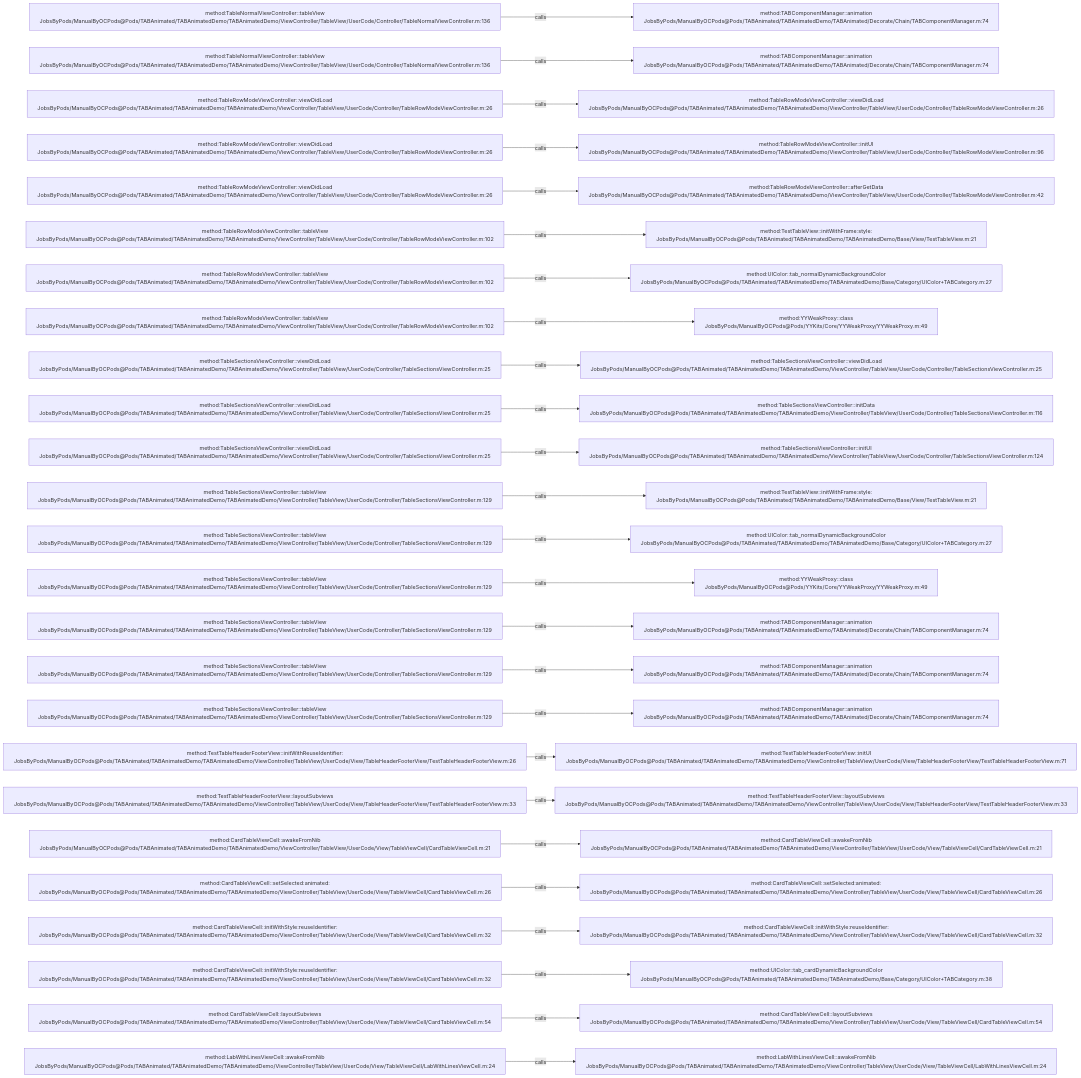
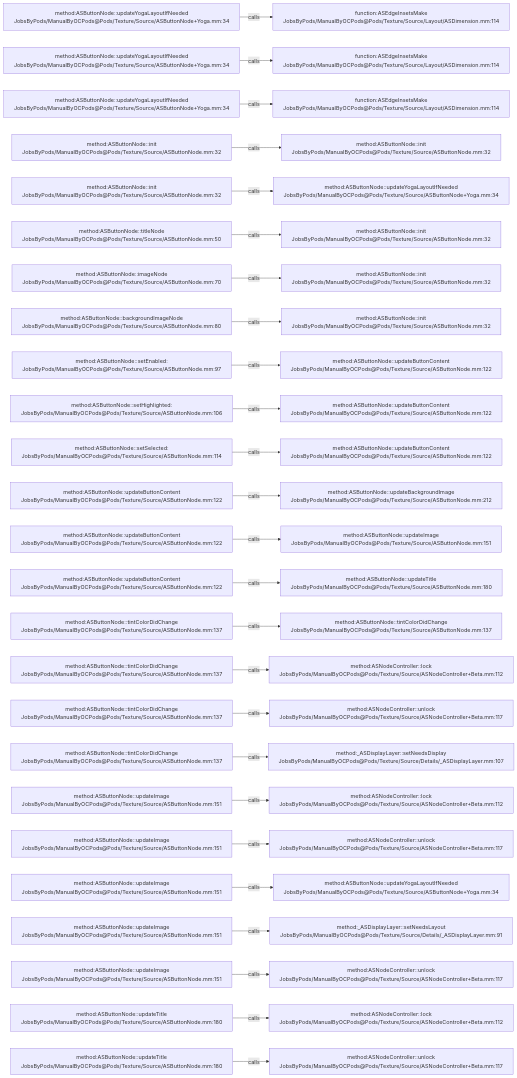
Before and after one commit to JobsKits/JobsOCBaseConfigDemo: the diagram in .codegraph/codegraph.md/graphs/calls-073.md, drawn with Mermaid. The commit also changed 1223 other files, not shown here.

````diff
--- a/.codegraph/codegraph.md/graphs/calls-073.md
+++ b/.codegraph/codegraph.md/graphs/calls-073.md
@@ -13,78 +13,78 @@
 ```mermaid
 flowchart LR
-  S1["method:TableNormalViewController::tableView<br/>JobsByPods/ManualByOCPods@Pods/TABAnimated/TABAnimatedDemo/TABAnimatedDemo/ViewController/TableView/UserCode/Controller/TableNormalViewController.m:136"]
-  T1["method:TABComponentManager::animation<br/>JobsByPods/ManualByOCPods@Pods/TABAnimated/TABAnimatedDemo/TABAnimated/Decorate/Chain/TABComponentManager.m:74"]
+  S1["method:ASButtonNode::updateYogaLayoutIfNeeded<br/>JobsByPods/ManualByOCPods@Pods/Texture/Source/ASButtonNode+Yoga.mm:34"]
+  T1["function:ASEdgeInsetsMake<br/>JobsByPods/ManualByOCPods@Pods/Texture/Source/Layout/ASDimension.mm:114"]
   S1 -->|calls| T1
-  S2["method:TableNormalViewController::tableView<br/>JobsByPods/ManualByOCPods@Pods/TABAnimated/TABAnimatedDemo/TABAnimatedDemo/ViewController/TableView/UserCode/Controller/TableNormalViewController.m:136"]
-  T2["method:TABComponentManager::animation<br/>JobsByPods/ManualByOCPods@Pods/TABAnimated/TABAnimatedDemo/TABAnimated/Decorate/Chain/TABComponentManager.m:74"]
+  S2["method:ASButtonNode::updateYogaLayoutIfNeeded<br/>JobsByPods/ManualByOCPods@Pods/Texture/Source/ASButtonNode+Yoga.mm:34"]
+  T2["function:ASEdgeInsetsMake<br/>JobsByPods/ManualByOCPods@Pods/Texture/Source/Layout/ASDimension.mm:114"]
   S2 -->|calls| T2
-  S3["method:TableRowModeViewController::viewDidLoad<br/>JobsByPods/ManualByOCPods@Pods/TABAnimated/TABAnimatedDemo/TABAnimatedDemo/ViewController/TableView/UserCode/Controller/TableRowModeViewController.m:26"]
-  T3["method:TableRowModeViewController::viewDidLoad<br/>JobsByPods/ManualByOCPods@Pods/TABAnimated/TABAnimatedDemo/TABAnimatedDemo/ViewController/TableView/UserCode/Controller/TableRowModeViewController.m:26"]
+  S3["method:ASButtonNode::updateYogaLayoutIfNeeded<br/>JobsByPods/ManualByOCPods@Pods/Texture/Source/ASButtonNode+Yoga.mm:34"]
+  T3["function:ASEdgeInsetsMake<br/>JobsByPods/ManualByOCPods@Pods/Texture/Source/Layout/ASDimension.mm:114"]
   S3 -->|calls| T3
-  S4["method:TableRowModeViewController::viewDidLoad<br/>JobsByPods/ManualByOCPods@Pods/TABAnimated/TABAnimatedDemo/TABAnimatedDemo/ViewController/TableView/UserCode/Controller/TableRowModeViewController.m:26"]
-  T4["method:TableRowModeViewController::initUI<br/>JobsByPods/ManualByOCPods@Pods/TABAnimated/TABAnimatedDemo/TABAnimatedDemo/ViewController/TableView/UserCode/Controller/TableRowModeViewController.m:96"]
+  S4["method:ASButtonNode::init<br/>JobsByPods/ManualByOCPods@Pods/Texture/Source/ASButtonNode.mm:32"]
+  T4["method:ASButtonNode::init<br/>JobsByPods/ManualByOCPods@Pods/Texture/Source/ASButtonNode.mm:32"]
   S4 -->|calls| T4
-  S5["method:TableRowModeViewController::viewDidLoad<br/>JobsByPods/ManualByOCPods@Pods/TABAnimated/TABAnimatedDemo/TABAnimatedDemo/ViewController/TableView/UserCode/Controller/TableRowModeViewController.m:26"]
-  T5["method:TableRowModeViewController::afterGetData<br/>JobsByPods/ManualByOCPods@Pods/TABAnimated/TABAnimatedDemo/TABAnimatedDemo/ViewController/TableView/UserCode/Controller/TableRowModeViewController.m:42"]
+  S5["method:ASButtonNode::init<br/>JobsByPods/ManualByOCPods@Pods/Texture/Source/ASButtonNode.mm:32"]
+  T5["method:ASButtonNode::updateYogaLayoutIfNeeded<br/>JobsByPods/ManualByOCPods@Pods/Texture/Source/ASButtonNode+Yoga.mm:34"]
   S5 -->|calls| T5
-  S6["method:TableRowModeViewController::tableView<br/>JobsByPods/ManualByOCPods@Pods/TABAnimated/TABAnimatedDemo/TABAnimatedDemo/ViewController/TableView/UserCode/Controller/TableRowModeViewController.m:102"]
-  T6["method:TestTableView::initWithFrame:style:<br/>JobsByPods/ManualByOCPods@Pods/TABAnimated/TABAnimatedDemo/TABAnimatedDemo/Base/View/TestTableView.m:21"]
+  S6["method:ASButtonNode::titleNode<br/>JobsByPods/ManualByOCPods@Pods/Texture/Source/ASButtonNode.mm:50"]
+  T6["method:ASButtonNode::init<br/>JobsByPods/ManualByOCPods@Pods/Texture/Source/ASButtonNode.mm:32"]
   S6 -->|calls| T6
-  S7["method:TableRowModeViewController::tableView<br/>JobsByPods/ManualByOCPods@Pods/TABAnimated/TABAnimatedDemo/TABAnimatedDemo/ViewController/TableView/UserCode/Controller/TableRowModeViewController.m:102"]
-  T7["method:UIColor::tab_normalDynamicBackgroundColor<br/>JobsByPods/ManualByOCPods@Pods/TABAnimated/TABAnimatedDemo/TABAnimatedDemo/Base/Category/UIColor+TABCategory.m:27"]
+  S7["method:ASButtonNode::imageNode<br/>JobsByPods/ManualByOCPods@Pods/Texture/Source/ASButtonNode.mm:70"]
+  T7["method:ASButtonNode::init<br/>JobsByPods/ManualByOCPods@Pods/Texture/Source/ASButtonNode.mm:32"]
   S7 -->|calls| T7
-  S8["method:TableRowModeViewController::tableView<br/>JobsByPods/ManualByOCPods@Pods/TABAnimated/TABAnimatedDemo/TABAnimatedDemo/ViewController/TableView/UserCode/Controller/TableRowModeViewController.m:102"]
-  T8["method:YYWeakProxy::class<br/>JobsByPods/ManualByOCPods@Pods/YYKits/Core/YYWeakProxy/YYWeakProxy.m:49"]
+  S8["method:ASButtonNode::backgroundImageNode<br/>JobsByPods/ManualByOCPods@Pods/Texture/Source/ASButtonNode.mm:80"]
+  T8["method:ASButtonNode::init<br/>JobsByPods/ManualByOCPods@Pods/Texture/Source/ASButtonNode.mm:32"]
   S8 -->|calls| T8
-  S9["method:TableSectionsViewController::viewDidLoad<br/>JobsByPods/ManualByOCPods@Pods/TABAnimated/TABAnimatedDemo/TABAnimatedDemo/ViewController/TableView/UserCode/Controller/TableSectionsViewController.m:25"]
-  T9["method:TableSectionsViewController::viewDidLoad<br/>JobsByPods/ManualByOCPods@Pods/TABAnimated/TABAnimatedDemo/TABAnimatedDemo/ViewController/TableView/UserCode/Controller/TableSectionsViewController.m:25"]
+  S9["method:ASButtonNode::setEnabled:<br/>JobsByPods/ManualByOCPods@Pods/Texture/Source/ASButtonNode.mm:97"]
+  T9["method:ASButtonNode::updateButtonContent<br/>JobsByPods/ManualByOCPods@Pods/Texture/Source/ASButtonNode.mm:122"]
   S9 -->|calls| T9
-  S10["method:TableSectionsViewController::viewDidLoad<br/>JobsByPods/ManualByOCPods@Pods/TABAnimated/TABAnimatedDemo/TABAnimatedDemo/ViewController/TableView/UserCode/Controller/TableSectionsViewController.m:25"]
-  T10["method:TableSectionsViewController::initData<br/>JobsByPods/ManualByOCPods@Pods/TABAnimated/TABAnimatedDemo/TABAnimatedDemo/ViewController/TableView/UserCode/Controller/TableSectionsViewController.m:116"]
+  S10["method:ASButtonNode::setHighlighted:<br/>JobsByPods/ManualByOCPods@Pods/Texture/Source/ASButtonNode.mm:106"]
+  T10["method:ASButtonNode::updateButtonContent<br/>JobsByPods/ManualByOCPods@Pods/Texture/Source/ASButtonNode.mm:122"]
   S10 -->|calls| T10
-  S11["method:TableSectionsViewController::viewDidLoad<br/>JobsByPods/ManualByOCPods@Pods/TABAnimated/TABAnimatedDemo/TABAnimatedDemo/ViewController/TableView/UserCode/Controller/TableSectionsViewController.m:25"]
-  T11["method:TableSectionsViewController::initUI<br/>JobsByPods/ManualByOCPods@Pods/TABAnimated/TABAnimatedDemo/TABAnimatedDemo/ViewController/TableView/UserCode/Controller/TableSectionsViewController.m:124"]
+  S11["method:ASButtonNode::setSelected:<br/>JobsByPods/ManualByOCPods@Pods/Texture/Source/ASButtonNode.mm:114"]
+  T11["method:ASButtonNode::updateButtonContent<br/>JobsByPods/ManualByOCPods@Pods/Texture/Source/ASButtonNode.mm:122"]
   S11 -->|calls| T11
-  S12["method:TableSectionsViewController::tableView<br/>JobsByPods/ManualByOCPods@Pods/TABAnimated/TABAnimatedDemo/TABAnimatedDemo/ViewController/TableView/UserCode/Controller/TableSectionsViewController.m:129"]
-  T12["method:TestTableView::initWithFrame:style:<br/>JobsByPods/ManualByOCPods@Pods/TABAnimated/TABAnimatedDemo/TABAnimatedDemo/Base/View/TestTableView.m:21"]
+  S12["method:ASButtonNode::updateButtonContent<br/>JobsByPods/ManualByOCPods@Pods/Texture/Source/ASButtonNode.mm:122"]
+  T12["method:ASButtonNode::updateBackgroundImage<br/>JobsByPods/ManualByOCPods@Pods/Texture/Source/ASButtonNode.mm:212"]
   S12 -->|calls| T12
-  S13["method:TableSectionsViewController::tableView<br/>JobsByPods/ManualByOCPods@Pods/TABAnimated/TABAnimatedDemo/TABAnimatedDemo/ViewController/TableView/UserCode/Controller/TableSectionsViewController.m:129"]
-  T13["method:UIColor::tab_normalDynamicBackgroundColor<br/>JobsByPods/ManualByOCPods@Pods/TABAnimated/TABAnimatedDemo/TABAnimatedDemo/Base/Category/UIColor+TABCategory.m:27"]
+  S13["method:ASButtonNode::updateButtonContent<br/>JobsByPods/ManualByOCPods@Pods/Texture/Source/ASButtonNode.mm:122"]
+  T13["method:ASButtonNode::updateImage<br/>JobsByPods/ManualByOCPods@Pods/Texture/Source/ASButtonNode.mm:151"]
   S13 -->|calls| T13
-  S14["method:TableSectionsViewController::tableView<br/>JobsByPods/ManualByOCPods@Pods/TABAnimated/TABAnimatedDemo/TABAnimatedDemo/ViewController/TableView/UserCode/Controller/TableSectionsViewController.m:129"]
-  T14["method:YYWeakProxy::class<br/>JobsByPods/ManualByOCPods@Pods/YYKits/Core/YYWeakProxy/YYWeakProxy.m:49"]
+  S14["method:ASButtonNode::updateButtonContent<br/>JobsByPods/ManualByOCPods@Pods/Texture/Source/ASButtonNode.mm:122"]
+  T14["method:ASButtonNode::updateTitle<br/>JobsByPods/ManualByOCPods@Pods/Texture/Source/ASButtonNode.mm:180"]
   S14 -->|calls| T14
-  S15["method:TableSectionsViewController::tableView<br/>JobsByPods/ManualByOCPods@Pods/TABAnimated/TABAnimatedDemo/TABAnimatedDemo/ViewController/TableView/UserCode/Controller/TableSectionsViewController.m:129"]
-  T15["method:TABComponentManager::animation<br/>JobsByPods/ManualByOCPods@Pods/TABAnimated/TABAnimatedDemo/TABAnimated/Decorate/Chain/TABComponentManager.m:74"]
+  S15["method:ASButtonNode::tintColorDidChange<br/>JobsByPods/ManualByOCPods@Pods/Texture/Source/ASButtonNode.mm:137"]
+  T15["method:ASButtonNode::tintColorDidChange<br/>JobsByPods/ManualByOCPods@Pods/Texture/Source/ASButtonNode.mm:137"]
   S15 -->|calls| T15
-  S16["method:TableSectionsViewController::tableView<br/>JobsByPods/ManualByOCPods@Pods/TABAnimated/TABAnimatedDemo/TABAnimatedDemo/ViewController/TableView/UserCode/Controller/TableSectionsViewController.m:129"]
-  T16["method:TABComponentManager::animation<br/>JobsByPods/ManualByOCPods@Pods/TABAnimated/TABAnimatedDemo/TABAnimated/Decorate/Chain/TABComponentManager.m:74"]
+  S16["method:ASButtonNode::tintColorDidChange<br/>JobsByPods/ManualByOCPods@Pods/Texture/Source/ASButtonNode.mm:137"]
+  T16["method:ASNodeController::lock<br/>JobsByPods/ManualByOCPods@Pods/Texture/Source/ASNodeController+Beta.mm:112"]
   S16 -->|calls| T16
-  S17["method:TableSectionsViewController::tableView<br/>JobsByPods/ManualByOCPods@Pods/TABAnimated/TABAnimatedDemo/TABAnimatedDemo/ViewController/TableView/UserCode/Controller/TableSectionsViewController.m:129"]
-  T17["method:TABComponentManager::animation<br/>JobsByPods/ManualByOCPods@Pods/TABAnimated/TABAnimatedDemo/TABAnimated/Decorate/Chain/TABComponentManager.m:74"]
+  S17["method:ASButtonNode::tintColorDidChange<br/>JobsByPods/ManualByOCPods@Pods/Texture/Source/ASButtonNode.mm:137"]
+  T17["method:ASNodeController::unlock<br/>JobsByPods/ManualByOCPods@Pods/Texture/Source/ASNodeController+Beta.mm:117"]
   S17 -->|calls| T17
-  S18["method:TestTableHeaderFooterView::initWithReuseIdentifier:<br/>JobsByPods/ManualByOCPods@Pods/TABAnimated/TABAnimatedDemo/TABAnimatedDemo/ViewController/TableView/UserCode/View/TableHeaderFooterView/TestTableHeaderFooterView.m:26"]
-  T18["method:TestTableHeaderFooterView::initUI<br/>JobsByPods/ManualByOCPods@Pods/TABAnimated/TABAnimatedDemo/TABAnimatedDemo/ViewController/TableView/UserCode/View/TableHeaderFooterView/TestTableHeaderFooterView.m:71"]
+  S18["method:ASButtonNode::tintColorDidChange<br/>JobsByPods/ManualByOCPods@Pods/Texture/Source/ASButtonNode.mm:137"]
+  T18["method:_ASDisplayLayer::setNeedsDisplay<br/>JobsByPods/ManualByOCPods@Pods/Texture/Source/Details/_ASDisplayLayer.mm:107"]
   S18 -->|calls| T18
-  S19["method:TestTableHeaderFooterView::layoutSubviews<br/>JobsByPods/ManualByOCPods@Pods/TABAnimated/TABAnimatedDemo/TABAnimatedDemo/ViewController/TableView/UserCode/View/TableHeaderFooterView/TestTableHeaderFooterView.m:33"]
-  T19["method:TestTableHeaderFooterView::layoutSubviews<br/>JobsByPods/ManualByOCPods@Pods/TABAnimated/TABAnimatedDemo/TABAnimatedDemo/ViewController/TableView/UserCode/View/TableHeaderFooterView/TestTableHeaderFooterView.m:33"]
+  S19["method:ASButtonNode::updateImage<br/>JobsByPods/ManualByOCPods@Pods/Texture/Source/ASButtonNode.mm:151"]
+  T19["method:ASNodeController::lock<br/>JobsByPods/ManualByOCPods@Pods/Texture/Source/ASNodeController+Beta.mm:112"]
   S19 -->|calls| T19
-  S20["method:CardTableViewCell::awakeFromNib<br/>JobsByPods/ManualByOCPods@Pods/TABAnimated/TABAnimatedDemo/TABAnimatedDemo/ViewController/TableView/UserCode/View/TableViewCell/CardTableViewCell.m:21"]
-  T20["method:CardTableViewCell::awakeFromNib<br/>JobsByPods/ManualByOCPods@Pods/TABAnimated/TABAnimatedDemo/TABAnimatedDemo/ViewController/TableView/UserCode/View/TableViewCell/CardTableViewCell.m:21"]
+  S20["method:ASButtonNode::updateImage<br/>JobsByPods/ManualByOCPods@Pods/Texture/Source/ASButtonNode.mm:151"]
+  T20["method:ASNodeController::unlock<br/>JobsByPods/ManualByOCPods@Pods/Texture/Source/ASNodeController+Beta.mm:117"]
   S20 -->|calls| T20
-  S21["method:CardTableViewCell::setSelected:animated:<br/>JobsByPods/ManualByOCPods@Pods/TABAnimated/TABAnimatedDemo/TABAnimatedDemo/ViewController/TableView/UserCode/View/TableViewCell/CardTableViewCell.m:26"]
-  T21["method:CardTableViewCell::setSelected:animated:<br/>JobsByPods/ManualByOCPods@Pods/TABAnimated/TABAnimatedDemo/TABAnimatedDemo/ViewController/TableView/UserCode/View/TableViewCell/CardTableViewCell.m:26"]
+  S21["method:ASButtonNode::updateImage<br/>JobsByPods/ManualByOCPods@Pods/Texture/Source/ASButtonNode.mm:151"]
+  T21["method:ASButtonNode::updateYogaLayoutIfNeeded<br/>JobsByPods/ManualByOCPods@Pods/Texture/Source/ASButtonNode+Yoga.mm:34"]
   S21 -->|calls| T21
-  S22["method:CardTableViewCell::initWithStyle:reuseIdentifier:<br/>JobsByPods/ManualByOCPods@Pods/TABAnimated/TABAnimatedDemo/TABAnimatedDemo/ViewController/TableView/UserCode/View/TableViewCell/CardTableViewCell.m:32"]
-  T22["method:CardTableViewCell::initWithStyle:reuseIdentifier:<br/>JobsByPods/ManualByOCPods@Pods/TABAnimated/TABAnimatedDemo/TABAnimatedDemo/ViewController/TableView/UserCode/View/TableViewCell/CardTableViewCell.m:32"]
+  S22["method:ASButtonNode::updateImage<br/>JobsByPods/ManualByOCPods@Pods/Texture/Source/ASButtonNode.mm:151"]
+  T22["method:_ASDisplayLayer::setNeedsLayout<br/>JobsByPods/ManualByOCPods@Pods/Texture/Source/Details/_ASDisplayLayer.mm:91"]
   S22 -->|calls| T22
-  S23["method:CardTableViewCell::initWithStyle:reuseIdentifier:<br/>JobsByPods/ManualByOCPods@Pods/TABAnimated/TABAnimatedDemo/TABAnimatedDemo/ViewController/TableView/UserCode/View/TableViewCell/CardTableViewCell.m:32"]
-  T23["method:UIColor::tab_cardDynamicBackgroundColor<br/>JobsByPods/ManualByOCPods@Pods/TABAnimated/TABAnimatedDemo/TABAnimatedDemo/Base/Category/UIColor+TABCategory.m:38"]
+  S23["method:ASButtonNode::updateImage<br/>JobsByPods/ManualByOCPods@Pods/Texture/Source/ASButtonNode.mm:151"]
+  T23["method:ASNodeController::unlock<br/>JobsByPods/ManualByOCPods@Pods/Texture/Source/ASNodeController+Beta.mm:117"]
   S23 -->|calls| T23
-  S24["method:CardTableViewCell::layoutSubviews<br/>JobsByPods/ManualByOCPods@Pods/TABAnimated/TABAnimatedDemo/TABAnimatedDemo/ViewController/TableView/UserCode/View/TableViewCell/CardTableViewCell.m:54"]
-  T24["method:CardTableViewCell::layoutSubviews<br/>JobsByPods/ManualByOCPods@Pods/TABAnimated/TABAnimatedDemo/TABAnimatedDemo/ViewController/TableView/UserCode/View/TableViewCell/CardTableViewCell.m:54"]
+  S24["method:ASButtonNode::updateTitle<br/>JobsByPods/ManualByOCPods@Pods/Texture/Source/ASButtonNode.mm:180"]
+  T24["method:ASNodeController::lock<br/>JobsByPods/ManualByOCPods@Pods/Texture/Source/ASNodeController+Beta.mm:112"]
   S24 -->|calls| T24
-  S25["method:LabWithLinesViewCell::awakeFromNib<br/>JobsByPods/ManualByOCPods@Pods/TABAnimated/TABAnimatedDemo/TABAnimatedDemo/ViewController/TableView/UserCode/View/TableViewCell/LabWithLinesViewCell.m:24"]
-  T25["method:LabWithLinesViewCell::awakeFromNib<br/>JobsByPods/ManualByOCPods@Pods/TABAnimated/TABAnimatedDemo/TABAnimatedDemo/ViewController/TableView/UserCode/View/TableViewCell/LabWithLinesViewCell.m:24"]
+  S25["method:ASButtonNode::updateTitle<br/>JobsByPods/ManualByOCPods@Pods/Texture/Source/ASButtonNode.mm:180"]
+  T25["method:ASNodeController::unlock<br/>JobsByPods/ManualByOCPods@Pods/Texture/Source/ASNodeController+Beta.mm:117"]
   S25 -->|calls| T25
 ```
````
